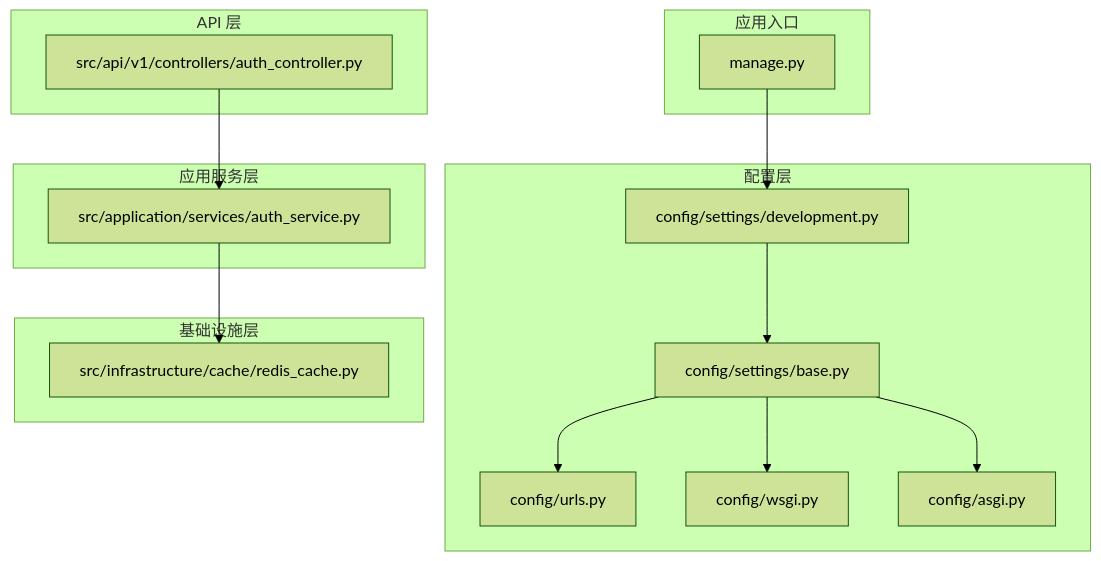
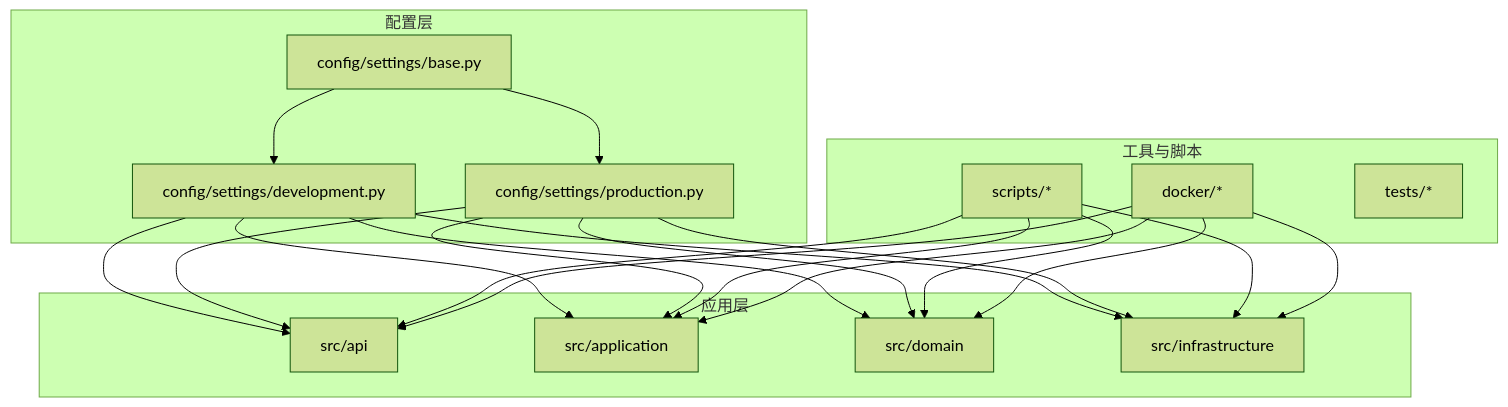
One commit to taoweidong/Hello-Django-Ninja-Api changed the first of 5 diagrams in .qoder/repowiki/zh/content/快速开始.md. Above: the diagram before and after it, drawn with Mermaid (forest theme). The commit also changed other lines of this file and 106 other files, not shown here.

````diff
--- a/.qoder/repowiki/zh/content/快速开始.md
+++ b/.qoder/repowiki/zh/content/快速开始.md
@@ -42,29 +48,37 @@
 ```mermaid
 graph TB
 subgraph "配置层"
-SBase["config/settings/base.py"]
-SDev["config/settings/development.py"]
-SUrl["config/urls.py"]
-SWsgi["config/wsgi.py"]
-SAsgi["config/asgi.py"]
+Base["config/settings/base.py"]
+Dev["config/settings/development.py"]
+Prod["config/settings/production.py"]
 end
-subgraph "应用入口"
-Mng["manage.py"]
+subgraph "应用层"
+API["src/api"]
+App["src/application"]
+Domain["src/domain"]
+Infra["src/infrastructure"]
 end
-subgraph "API 层"
-CAuth["src/api/v1/controllers/auth_controller.py"]
+subgraph "工具与脚本"
+Scripts["scripts/*"]
+Docker["docker/*"]
+Tests["tests/*"]
 end
-subgraph "应用服务层"
-SvcAuth["src/application/services/auth_service.py"]
-end
-subgraph "基础设施层"
-Cache["src/infrastructure/cache/redis_cache.py"]
-end
-Mng --> SDev
-SDev --> SBase
-SBase --> SUrl
-SBase --> SWsgi
-SBase --> SAsgi
-CAuth --> SvcAuth
-SvcAuth --> Cache
+Base --> Dev
+Base --> Prod
+Dev --> API
+Dev --> App
+Dev --> Domain
+Dev --> Infra
+Prod --> API
+Prod --> App
+Prod --> Domain
+Prod --> Infra
+Scripts --> API
+Scripts --> App
+Scripts --> Domain
+Scripts --> Infra
+Docker --> API
+Docker --> App
+Docker --> Domain
+Docker --> Infra
 ```
````
